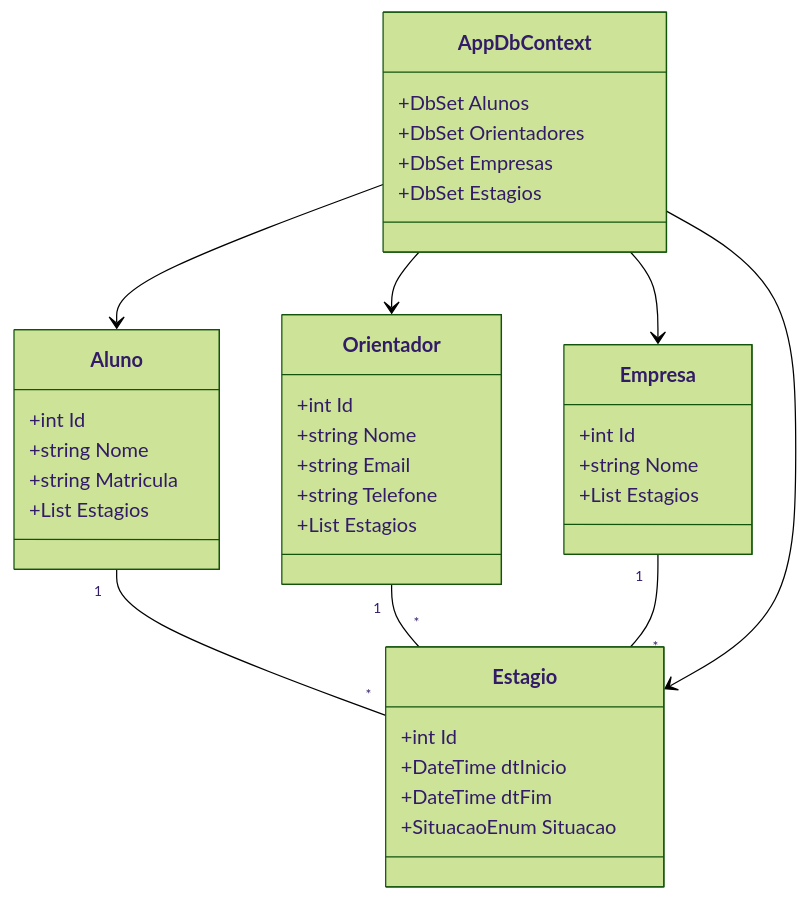
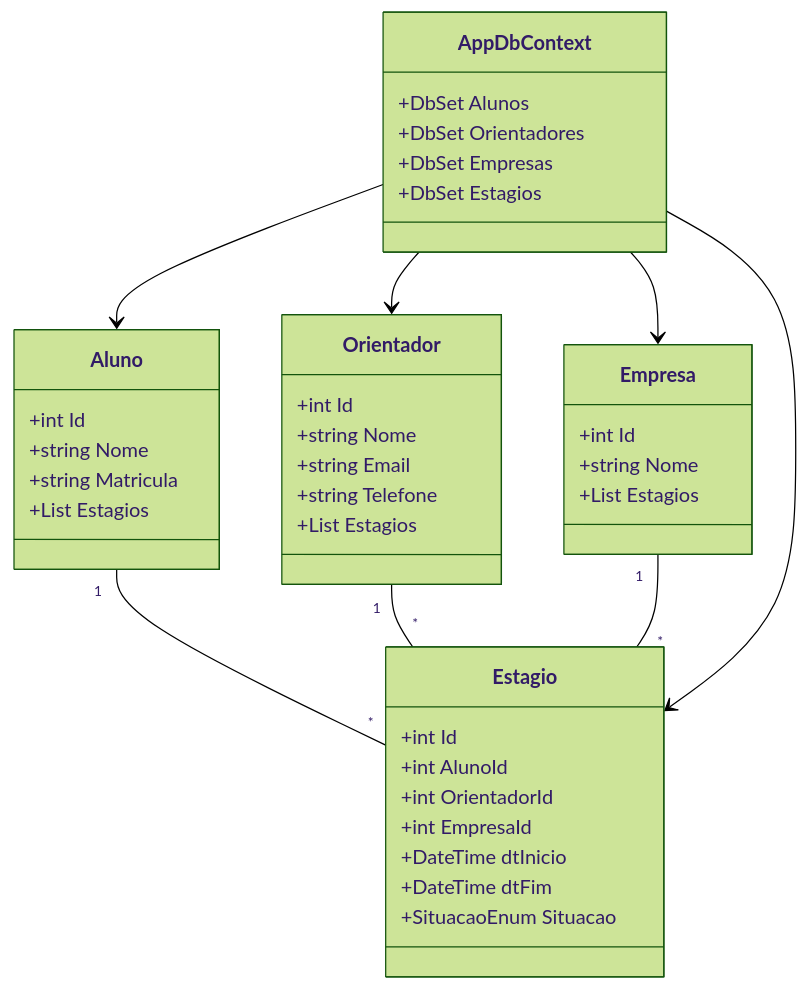
Before and after one commit to BPThiago/estagio-rec: the third of 4 diagrams in README.md, drawn with Mermaid (forest theme). The commit also changed other lines of this file, not shown here.

Commit message:
Update: Controller e DTO em Diagrama de Classes

````diff
--- a/README.md
+++ b/README.md
@@ -48,45 +130,48 @@
 ```mermaid
 classDiagram
     Aluno "1" -- "*" Estagio
     Orientador "1" -- "*" Estagio
     Empresa "1" -- "*" Estagio
     AppDbContext --> Aluno
     AppDbContext --> Orientador
     AppDbContext --> Empresa
     AppDbContext --> Estagio
 
     class Aluno {
         +int Id
         +string Nome
         +string Matricula
         +List<Estagio> Estagios
     }
 
     class Orientador {
         +int Id
         +string Nome
         +string Email
         +string Telefone
         +List<Estagio> Estagios
     }
 
     class Empresa {
         +int Id
         +string Nome
         +List<Estagio> Estagios
     }
 
     class Estagio {
         +int Id
+        +int AlunoId
+        +int OrientadorId
+        +int EmpresaId
         +DateTime dtInicio
         +DateTime dtFim
         +SituacaoEnum Situacao
     }
 
     class AppDbContext {
         +DbSet<Aluno> Alunos
         +DbSet<Orientador> Orientadores
         +DbSet<Empresa> Empresas
         +DbSet<Estagio> Estagios
     }
 ```
````
